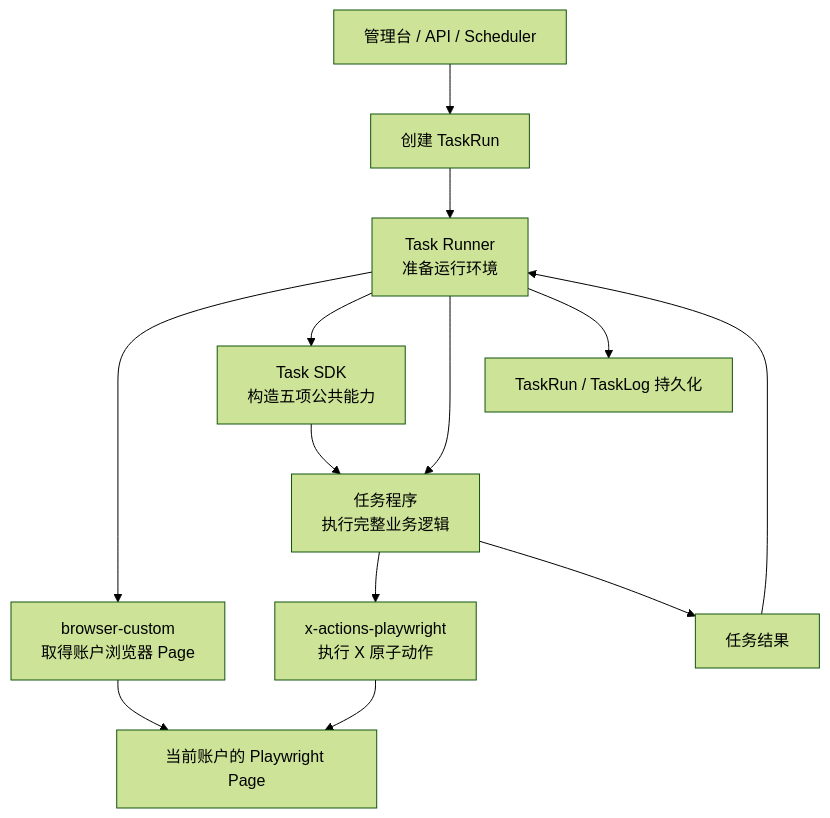
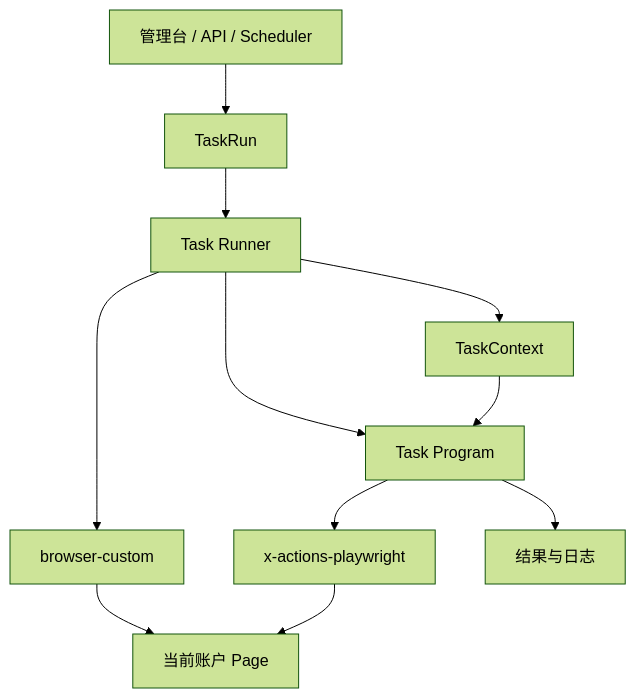
Before and after one commit to xy459/auto-x: the first of 2 diagrams in docs/script-task-system-architecture.md, drawn with Mermaid (forest theme). The commit also changed other lines of this file and 96 other files, not shown here.

````diff
--- a/docs/script-task-system-architecture.md
+++ b/docs/script-task-system-architecture.md
@@ -35,18 +22,13 @@
 ```mermaid
 flowchart TB
-    Admin["管理台 / API / Scheduler"] --> RunRequest["创建 TaskRun"]
-    RunRequest --> Runner["Task Runner<br/>准备运行环境"]
-
-    Runner --> Browser["browser-custom<br/>取得账户浏览器 Page"]
-    Runner --> SDK["Task SDK<br/>构造五项公共能力"]
-    Runner --> Program["任务程序<br/>执行完整业务逻辑"]
-
-    SDK --> Program
-    Program --> Actions["x-actions-playwright<br/>执行 X 原子动作"]
-    Actions --> Page["当前账户的 Playwright Page"]
-    Browser --> Page
-
-    Program --> Result["任务结果"]
-    Result --> Runner
-    Runner --> Storage["TaskRun / TaskLog 持久化"]
+    Admin["管理台 / API / Scheduler"] --> Run["TaskRun"]
+    Run --> Runner["Task Runner"]
+    Runner --> Browser["browser-custom"]
+    Runner --> Context["TaskContext"]
+    Runner --> Program["Task Program"]
+    Context --> Program
+    Program --> Actions["x-actions-playwright"]
+    Browser --> Page["当前账户 Page"]
+    Actions --> Page
+    Program --> Result["结果与日志"]
 ```
````
